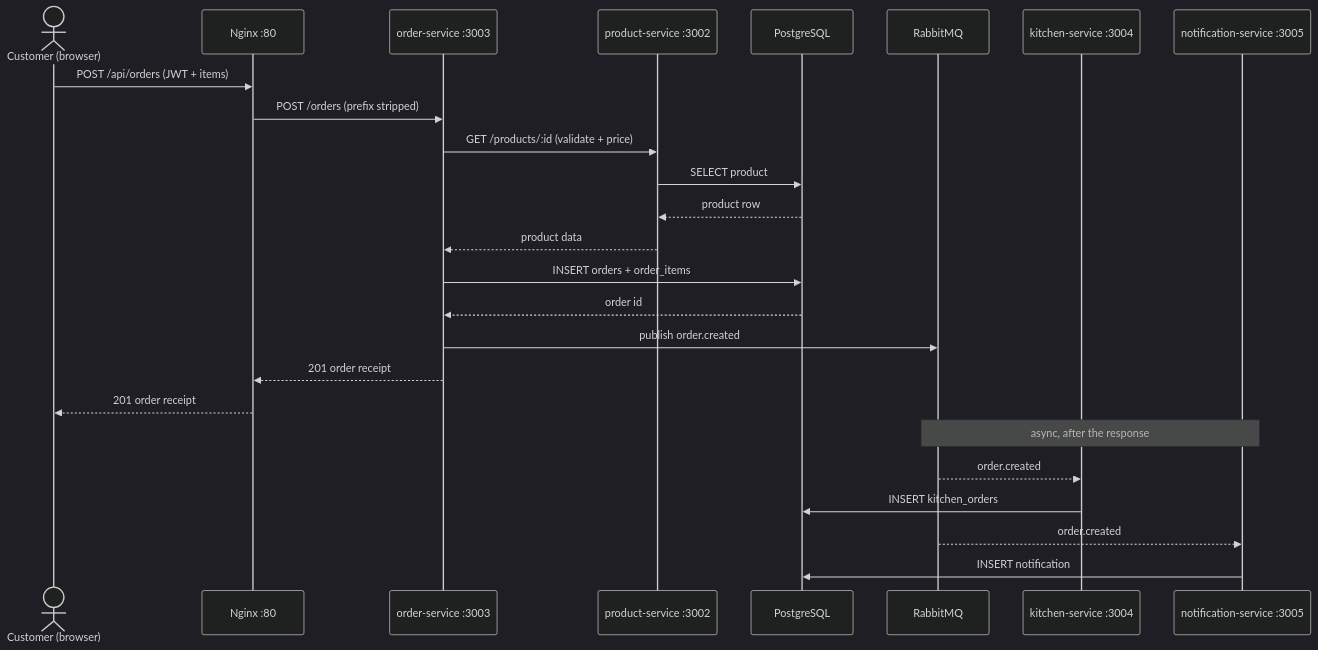
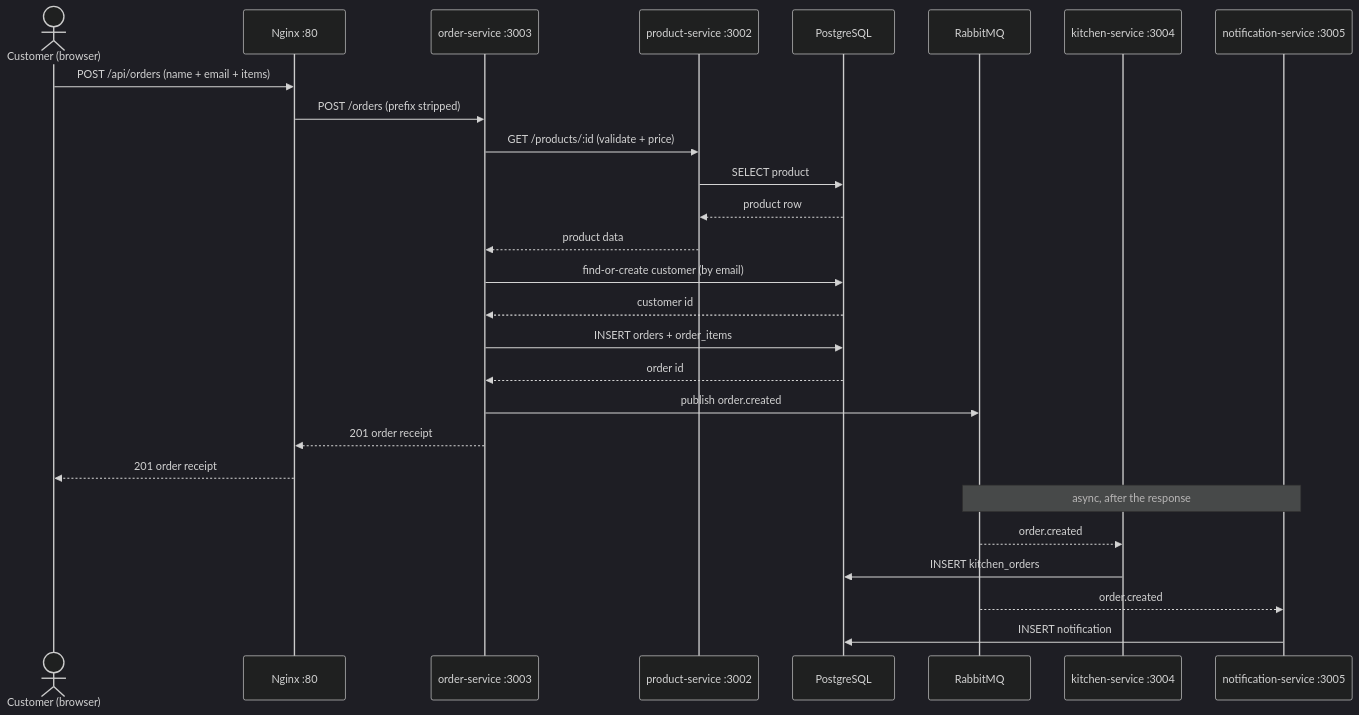
Before and after one commit to jennifermhansson/examination4: the second of 2 diagrams in docs/architecture.md, drawn with Mermaid (dark theme). The commit also changed other lines of this file and 70 other files, not shown here.

Commit message:
changed layout to frontend, removed whole auth flow

````diff
--- a/docs/architecture.md
+++ b/docs/architecture.md
@@ -65,28 +65,30 @@
 ```mermaid
 sequenceDiagram
     actor U as Customer (browser)
     participant N as Nginx :80
     participant O as order-service :3003
     participant P as product-service :3002
     participant DB as PostgreSQL
     participant MQ as RabbitMQ
     participant K as kitchen-service :3004
     participant Nt as notification-service :3005
 
-    U->>N: POST /api/orders (JWT + items)
+    U->>N: POST /api/orders (name + email + items)
     N->>O: POST /orders (prefix stripped)
     O->>P: GET /products/:id (validate + price)
     P->>DB: SELECT product
     DB-->>P: product row
     P-->>O: product data
+    O->>DB: find-or-create customer (by email)
+    DB-->>O: customer id
     O->>DB: INSERT orders + order_items
     DB-->>O: order id
     O->>MQ: publish order.created
     O-->>N: 201 order receipt
     N-->>U: 201 order receipt
     Note over MQ,Nt: async, after the response
     MQ-->>K: order.created
     K->>DB: INSERT kitchen_orders
     MQ-->>Nt: order.created
     Nt->>DB: INSERT notification
 ```
````
